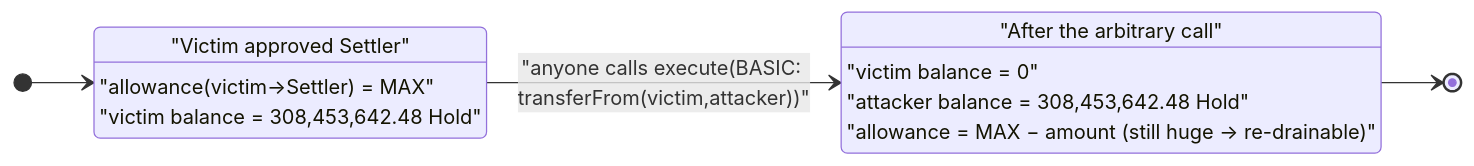
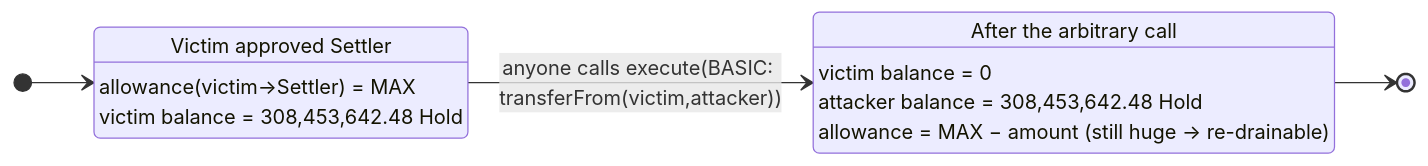
Before and after one commit to sanbir/evm-hack-registry: the third of 3 diagrams in 2024-11-MainnetSettler_exp/MainnetSettler_exp.md, drawn with Mermaid. The commit also changed 280 other files, not shown here.

Commit message:
mermaid fixes

````diff
--- a/2024-11-MainnetSettler_exp/MainnetSettler_exp.md
+++ b/2024-11-MainnetSettler_exp/MainnetSettler_exp.md
@@ -328,16 +328,16 @@
 ```mermaid
 stateDiagram-v2
     direction LR
     [*] --> Approved
-    Approved : "Victim approved Settler"
-    Approved : "allowance(victim→Settler) = MAX"
-    Approved : "victim balance = 308,453,642.48 Hold"
+    Approved : Victim approved Settler
+    Approved : allowance(victim→Settler) = MAX
+    Approved : victim balance = 308,453,642.48 Hold
 
-    Approved --> Drained : "anyone calls execute(BASIC: transferFrom(victim,attacker))"
+    Approved --> Drained : anyone calls execute(BASIC#58; transferFrom(victim,attacker))
 
-    Drained : "After the arbitrary call"
-    Drained : "victim balance = 0"
-    Drained : "attacker balance = 308,453,642.48 Hold"
-    Drained : "allowance = MAX − amount (still huge → re-drainable)"
+    Drained : After the arbitrary call
+    Drained : victim balance = 0
+    Drained : attacker balance = 308,453,642.48 Hold
+    Drained : allowance = MAX − amount (still huge → re-drainable)
     Drained --> [*]
 ```
````
